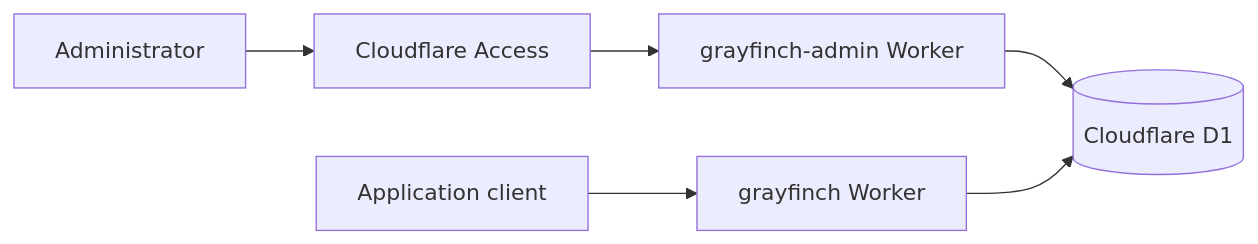
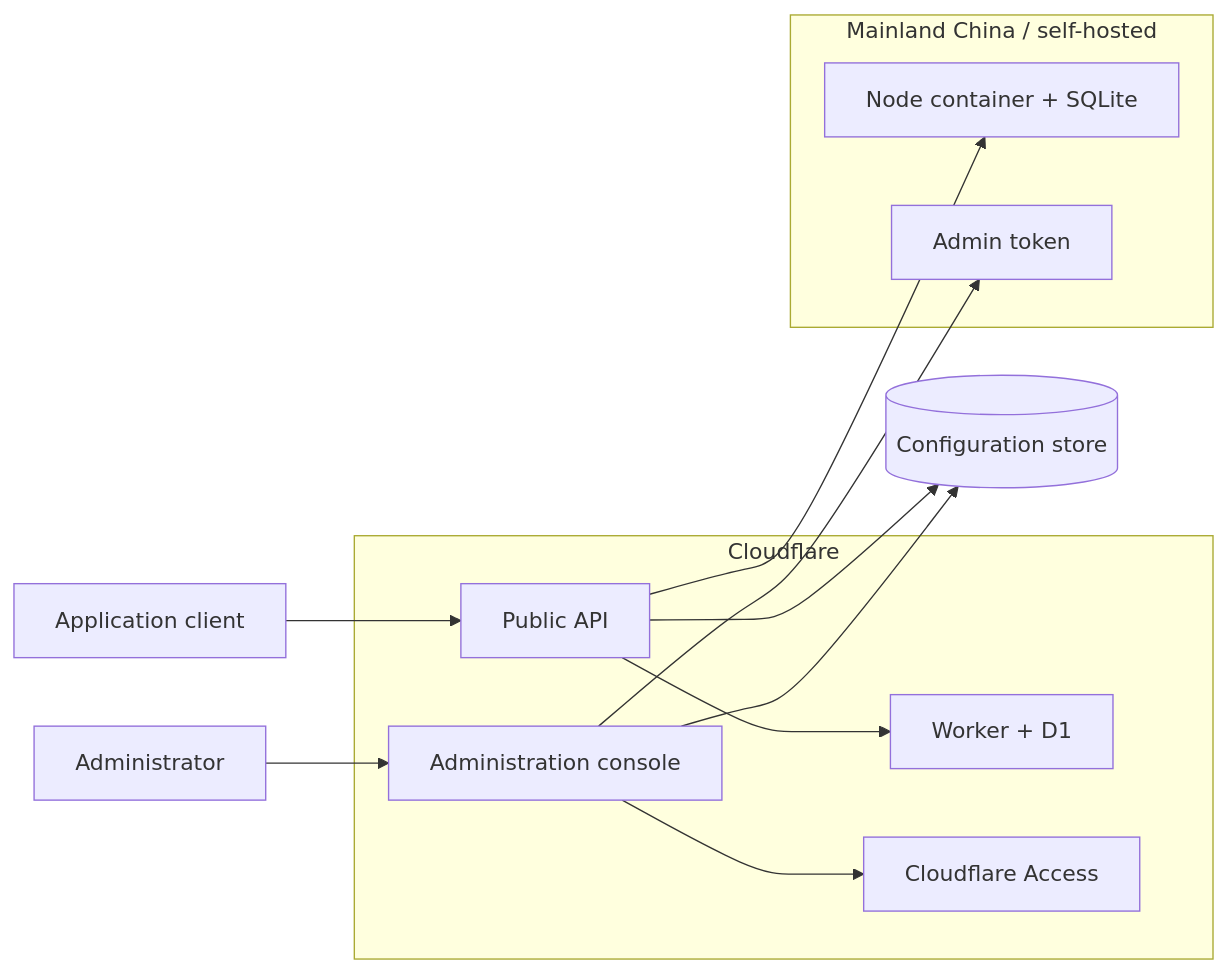
The diagram in README.md (canaanyjn/Grayfinch), drawn with Mermaid before and after one commit. The commit also changed other lines of this file and 14 other files, not shown here.

````diff
--- a/README.md
+++ b/README.md
@@ -30,8 +32,15 @@
 ```mermaid
 flowchart LR
-    Admin["Administrator"] --> Access["Cloudflare Access"]
-    Access --> Console["grayfinch-admin Worker"]
-    Client["Application client"] --> API["grayfinch Worker"]
-    Console --> D1[("Cloudflare D1")]
-    API --> D1
+    Client["Application client"] --> Public["Public API"]
+    Admin["Administrator"] --> Console["Administration console"]
+    Console --> Store[("Configuration store")]
+    Public --> Store
+    subgraph CF["Cloudflare"]
+      Public --> Worker["Worker + D1"]
+      Console --> Access["Cloudflare Access"]
+    end
+    subgraph CN["Mainland China / self-hosted"]
+      Public --> Container["Node container + SQLite"]
+      Console --> Token["Admin token"]
+    end
 ```
````
